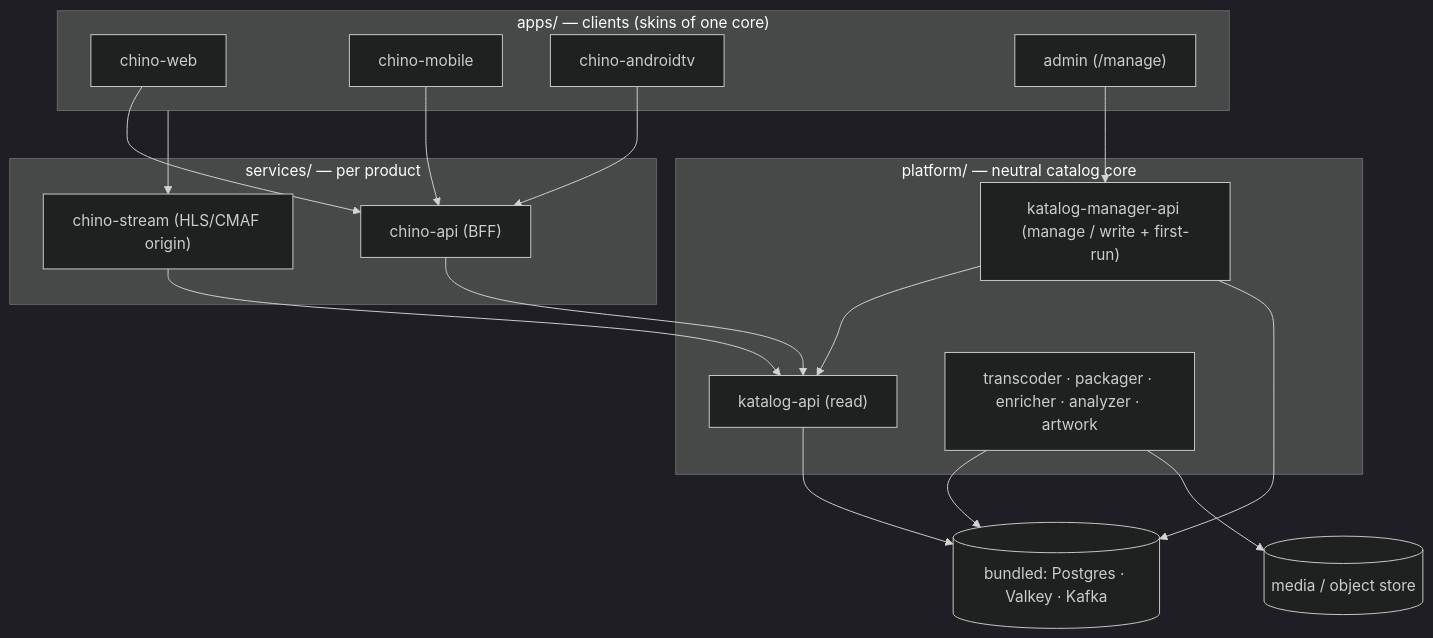
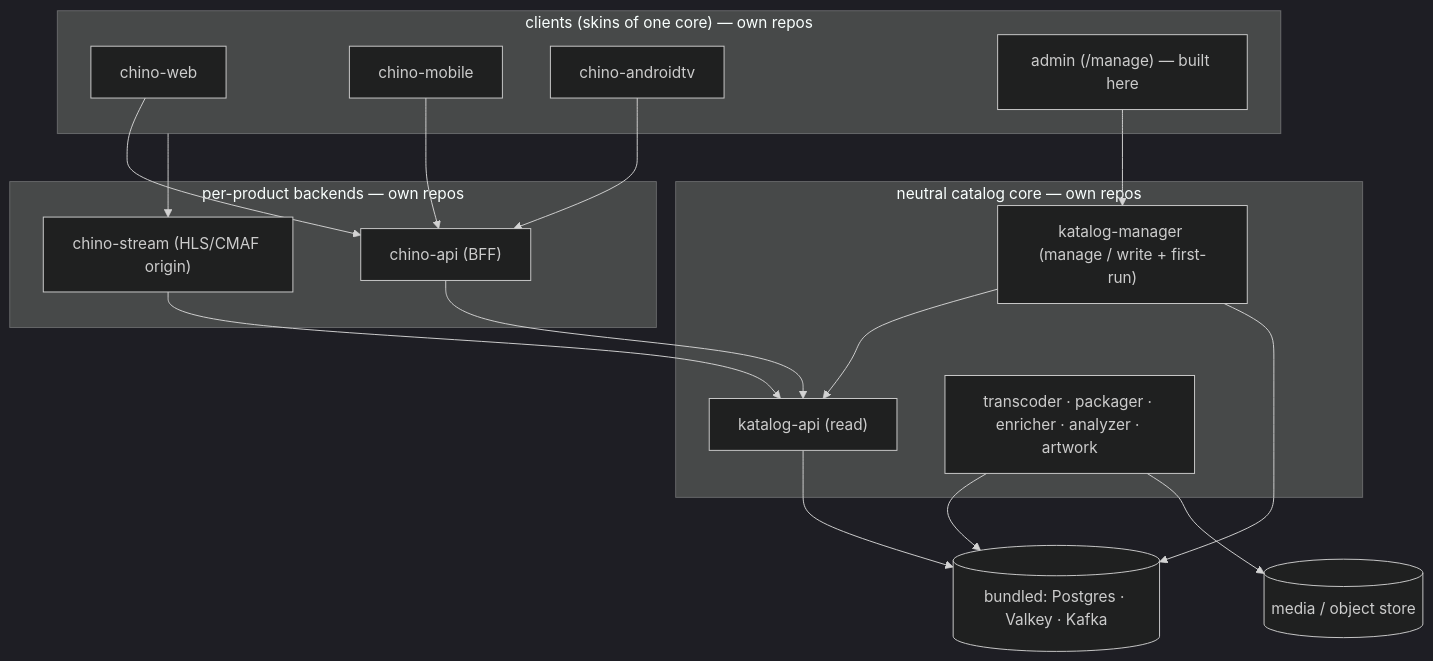
One commit to zaentrum/zaentrum-operator changed the first of 2 diagrams in docs/architecture.md. Above: the diagram before and after it, drawn with Mermaid (dark theme). The commit also changed 196 other files, not shown here.

````diff
--- a/docs/architecture.md
+++ b/docs/architecture.md
@@ -10,28 +10,28 @@
 ```mermaid
 flowchart TD
-  subgraph clients["apps/ — clients (skins of one core)"]
-    web["chino-web"]; mob["chino-mobile"]; tv["chino-androidtv"]; admin["admin (/manage)"]
+  subgraph clients["clients (skins of one core) — own repos"]
+    web["chino-web"]; mob["chino-mobile"]; tv["chino-androidtv"]; admin["admin (/manage) — built here"]
   end
-  subgraph product["services/ — per product"]
+  subgraph product["per-product backends — own repos"]
     api["chino-api (BFF)"]; stream["chino-stream (HLS/CMAF origin)"]
   end
-  subgraph core["platform/ — neutral catalog core"]
+  subgraph core["neutral catalog core — own repos"]
     kapi["katalog-api (read)"]
-    kmgr["katalog-manager-api (manage / write + first-run)"]
+    kmgr["katalog-manager (manage / write + first-run)"]
     proc["transcoder · packager · enricher · analyzer · artwork"]
   end
   bundled[("bundled: Postgres · Valkey · Kafka")]
   store[("media / object store")]
   web --> api
   mob --> api
   tv --> api
   admin --> kmgr
   clients --> stream
   api --> kapi
   stream --> kapi
   kmgr --> kapi
   kmgr --> bundled
   proc --> bundled
   proc --> store
   kapi --> bundled
 ```
````
